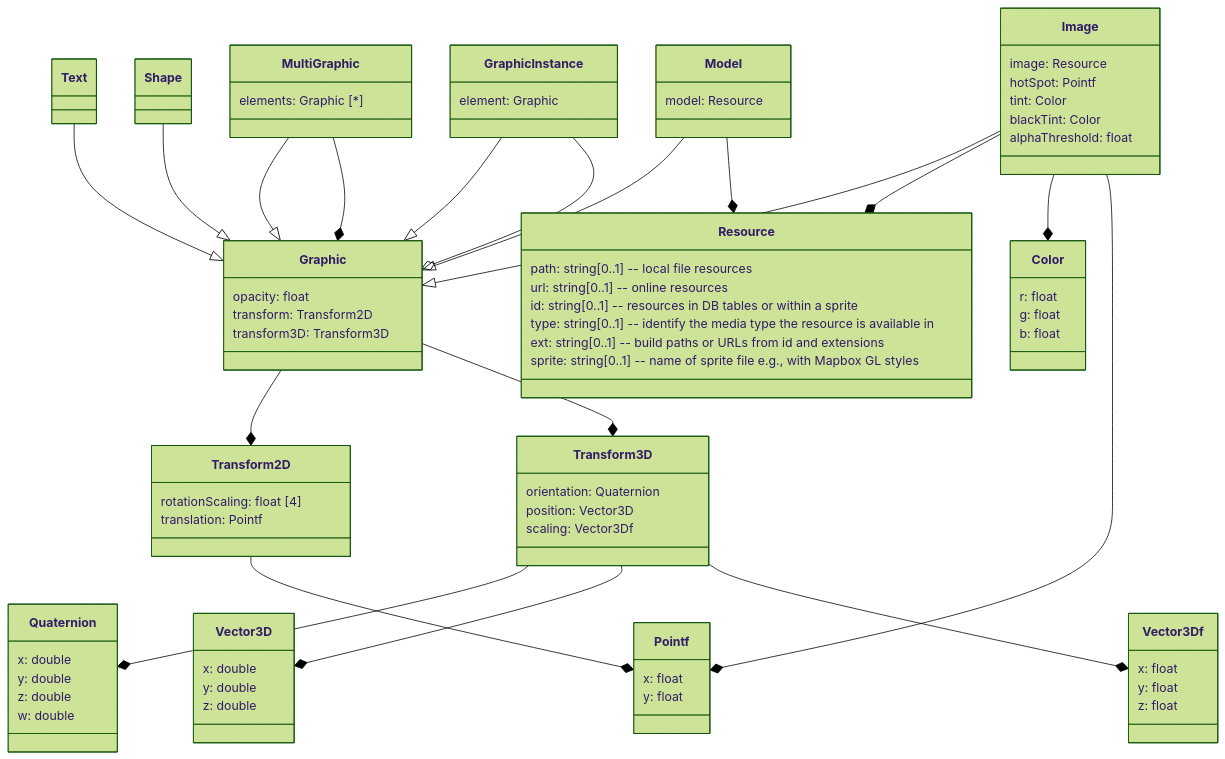
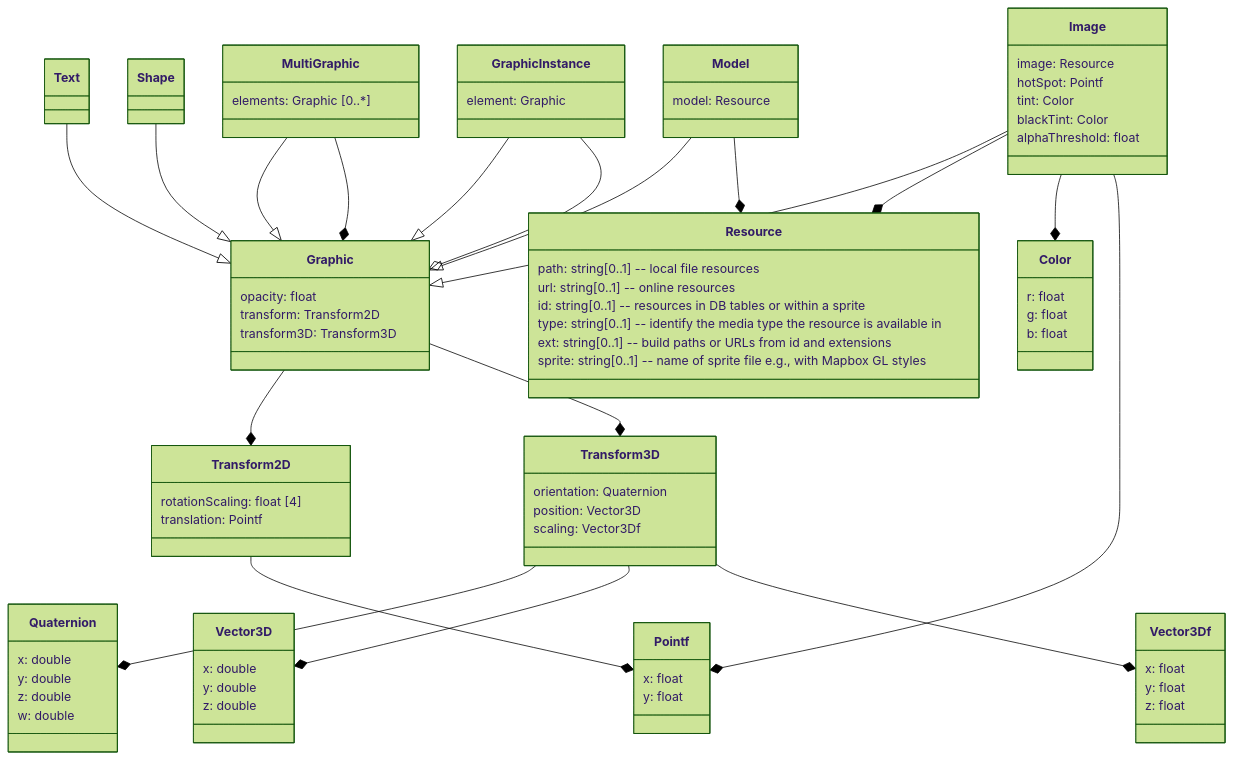
One commit to opengeospatial/styles-and-symbology changed the diagram in core/UML/mermaid/graphics.md. Above: the diagram before and after it, drawn with Mermaid (forest theme). The commit also changed 1 other file, not shown here.

Commit message:
UML: Label and Marker inheriting from MultiGraphic - Instead of Label inheriting from Marker

```diff
--- a/core/UML/mermaid/graphics.md
+++ b/core/UML/mermaid/graphics.md
@@ -32,7 +32,7 @@
         model: Resource
     }
     class MultiGraphic {
-        elements: Graphic [*]
+        elements: Graphic [0..*]
     }
     class GraphicInstance {
        element: Graphic
```
